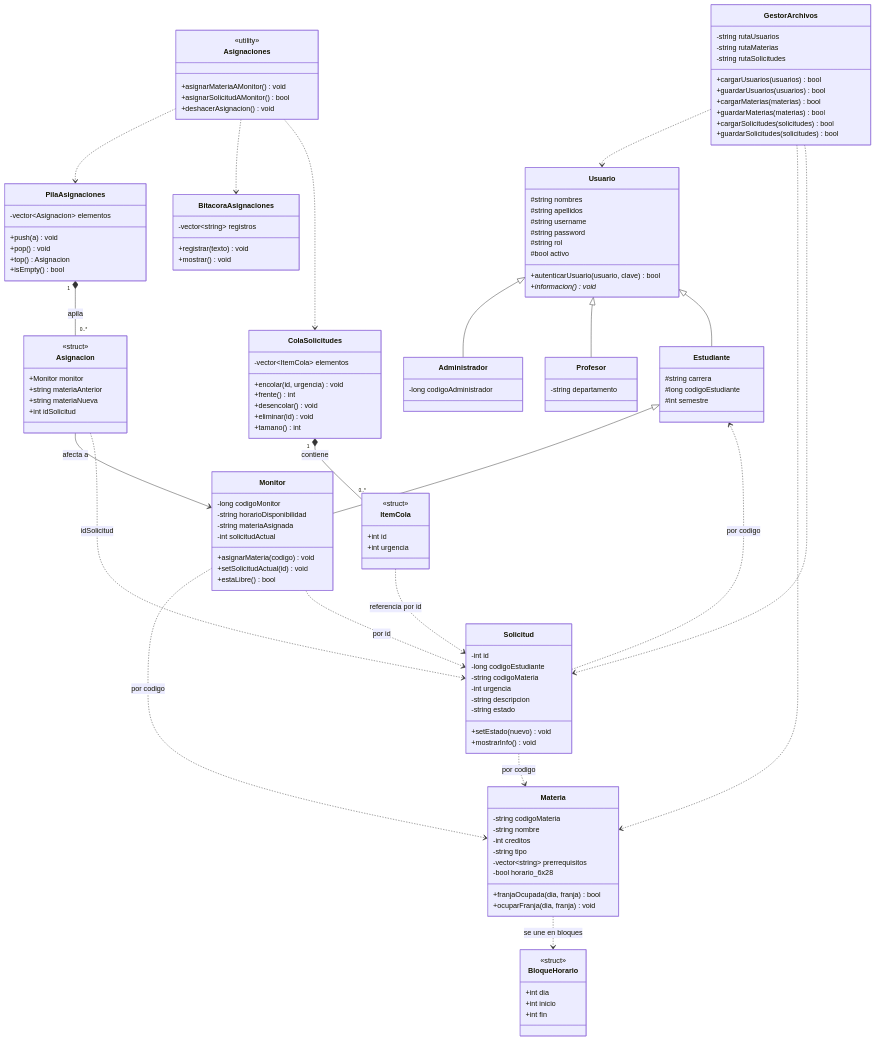
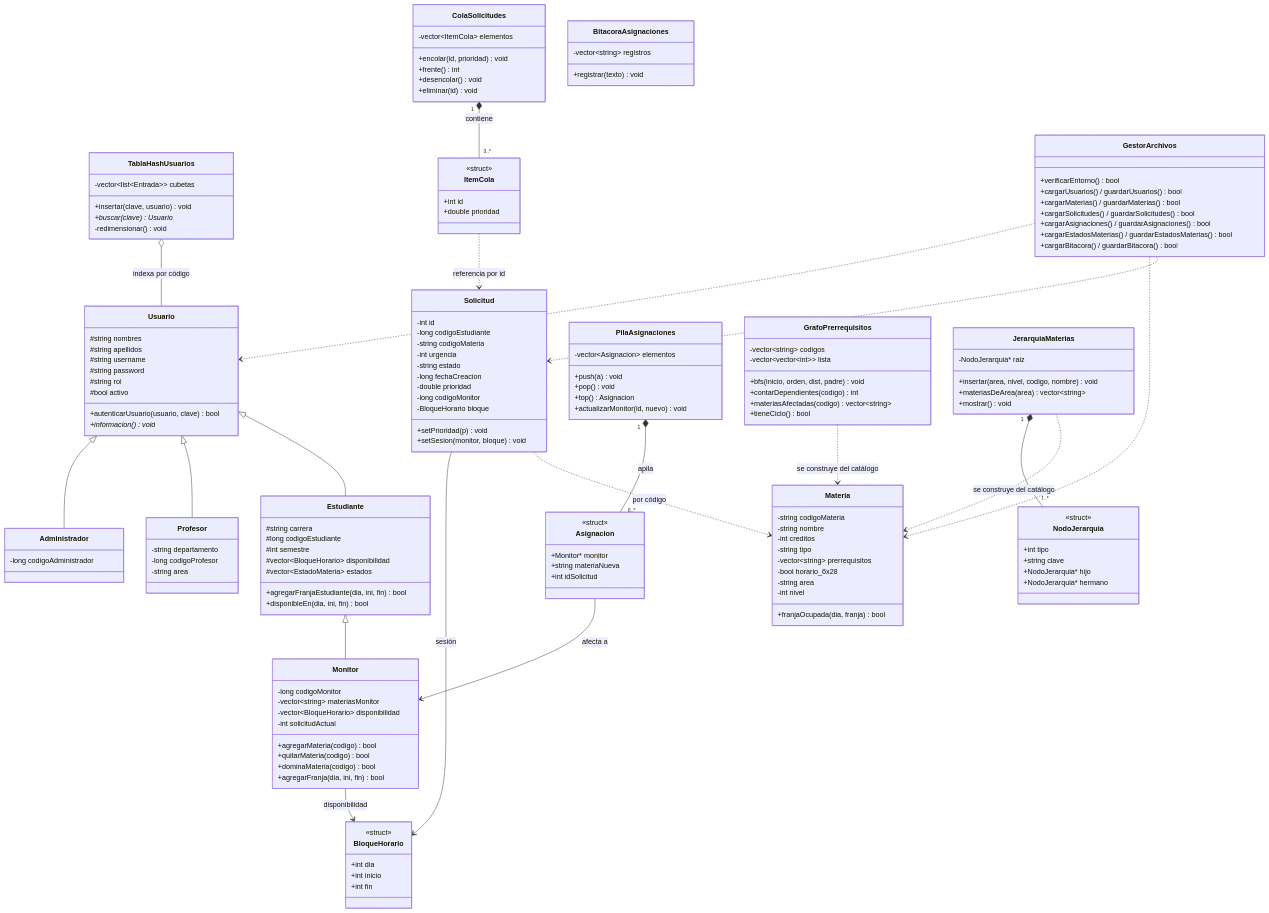
Before and after one commit to worksedu-prog/Algoritmos-2026-S2-PROYECTO: the second of 4 diagrams in README.md, drawn with Mermaid. The commit also changed other lines of this file, not shown here.

```diff
--- a/README.md
+++ b/README.md
@@ -171,20 +220,33 @@
     }
     class Profesor {
         -string departamento
+        -long codigoProfesor
+        -string area
     }
     class Estudiante {
         #string carrera
         #long codigoEstudiante
         #int semestre
+        #vector~BloqueHorario~ disponibilidad
+        #vector~EstadoMateria~ estados
+        +agregarFranjaEstudiante(dia, ini, fin) bool
+        +disponibleEn(dia, ini, fin) bool
     }
     class Monitor {
         -long codigoMonitor
-        -string horarioDisponibilidad
-        -string materiaAsignada
+        -vector~string~ materiasMonitor
+        -vector~BloqueHorario~ disponibilidad
         -int solicitudActual
-        +asignarMateria(codigo) void
-        +setSolicitudActual(id) void
-        +estaLibre() bool
+        +agregarMateria(codigo) bool
+        +quitarMateria(codigo) bool
+        +dominaMateria(codigo) bool
+        +agregarFranja(dia, ini, fin) bool
+    }
+    class TablaHashUsuarios {
+        -vector~list~Entrada~~ cubetas
+        +insertar(clave, usuario) void
+        +buscar(clave) Usuario*
+        -redimensionar() void
     }
     class Materia {
         -string codigoMateria
@@ -193,8 +255,9 @@
         -string tipo
         -vector~string~ prerrequisitos
         -bool horario_6x28
+        -string area
+        -int nivel
         +franjaOcupada(dia, franja) bool
-        +ocuparFranja(dia, franja) void
     }
     class BloqueHorario {
         <<struct>>
@@ -207,60 +270,72 @@
         -long codigoEstudiante
         -string codigoMateria
         -int urgencia
-        -string descripcion
         -string estado
-        +setEstado(nuevo) void
-        +mostrarInfo() void
+        -long fechaCreacion
+        -double prioridad
+        -long codigoMonitor
+        -BloqueHorario bloque
+        +setPrioridad(p) void
+        +setSesion(monitor, bloque) void
+    }
+    class ColaSolicitudes {
+        -vector~ItemCola~ elementos
+        +encolar(id, prioridad) void
+        +frente() int
+        +desencolar() void
+        +eliminar(id) void
     }
     class ItemCola {
         <<struct>>
         +int id
-        +int urgencia
-    }
-    class ColaSolicitudes {
-        -vector~ItemCola~ elementos
-        +encolar(id, urgencia) void
-        +frente() int
-        +desencolar() void
-        +eliminar(id) void
-        +tamano() int
-    }
-    class Asignacion {
-        <<struct>>
-        +Monitor monitor
-        +string materiaAnterior
-        +string materiaNueva
-        +int idSolicitud
+        +double prioridad
     }
     class PilaAsignaciones {
         -vector~Asignacion~ elementos
         +push(a) void
         +pop() void
         +top() Asignacion
-        +isEmpty() bool
+        +actualizarMonitor(id, nuevo) void
+    }
+    class Asignacion {
+        <<struct>>
+        +Monitor* monitor
+        +string materiaNueva
+        +int idSolicitud
     }
     class BitacoraAsignaciones {
         -vector~string~ registros
         +registrar(texto) void
+    }
+    class GrafoPrerrequisitos {
+        -vector~string~ codigos
+        -vector~vector~int~~ lista
+        +bfs(inicio, orden, dist, padre) void
+        +contarDependientes(codigo) int
+        +materiasAfectadas(codigo) vector~string~
+        +tieneCiclo() bool
+    }
+    class JerarquiaMaterias {
+        -NodoJerarquia* raiz
+        +insertar(area, nivel, codigo, nombre) void
+        +materiasDeArea(area) vector~string~
         +mostrar() void
     }
+    class NodoJerarquia {
+        <<struct>>
+        +int tipo
+        +string clave
+        +NodoJerarquia* hijo
+        +NodoJerarquia* hermano
+    }
     class GestorArchivos {
-        -string rutaUsuarios
-        -string rutaMaterias
-        -string rutaSolicitudes
-        +cargarUsuarios(usuarios) bool
-        +guardarUsuarios(usuarios) bool
-        +cargarMaterias(materias) bool
-        +guardarMaterias(materias) bool
-        +cargarSolicitudes(solicitudes) bool
-        +guardarSolicitudes(solicitudes) bool
-    }
-
-    class Asignaciones {
-        <<utility>>
-        +asignarMateriaAMonitor() void
-        +asignarSolicitudAMonitor() bool
-        +deshacerAsignacion() void
+        +verificarEntorno() bool
+        +cargarUsuarios() / guardarUsuarios() bool
+        +cargarMaterias() / guardarMaterias() bool
+        +cargarSolicitudes() / guardarSolicitudes() bool
+        +cargarAsignaciones() / guardarAsignaciones() bool
+        +cargarEstadosMaterias() / guardarEstadosMaterias() bool
+        +cargarBitacora() / guardarBitacora() bool
     }
 
     Usuario <|-- Administrador
@@ -268,22 +343,17 @@
     Usuario <|-- Estudiante
     Estudiante <|-- Monitor
 
+    TablaHashUsuarios o-- Usuario : indexa por código
     ColaSolicitudes "1" *-- "0..*" ItemCola : contiene
     PilaAsignaciones "1" *-- "0..*" Asignacion : apila
     Asignacion --> Monitor : afecta a
-    Materia ..> BloqueHorario : se une en bloques
-
+    JerarquiaMaterias "1" *-- "1..*" NodoJerarquia
+    GrafoPrerrequisitos ..> Materia : se construye del catálogo
+    JerarquiaMaterias ..> Materia : se construye del catálogo
+    Solicitud --> BloqueHorario : sesión
+    Monitor --> BloqueHorario : disponibilidad
     ItemCola ..> Solicitud : referencia por id
-    Asignacion ..> Solicitud : idSolicitud
-    Monitor ..> Materia : por codigo
-    Monitor ..> Solicitud : por id
-    Solicitud ..> Materia : por codigo
-    Solicitud ..> Estudiante : por codigo
-
-    Asignaciones ..> PilaAsignaciones
-    Asignaciones ..> BitacoraAsignaciones
-    Asignaciones ..> ColaSolicitudes
-
+    Solicitud ..> Materia : por código
     GestorArchivos ..> Usuario
     GestorArchivos ..> Materia
     GestorArchivos ..> Solicitud
```
